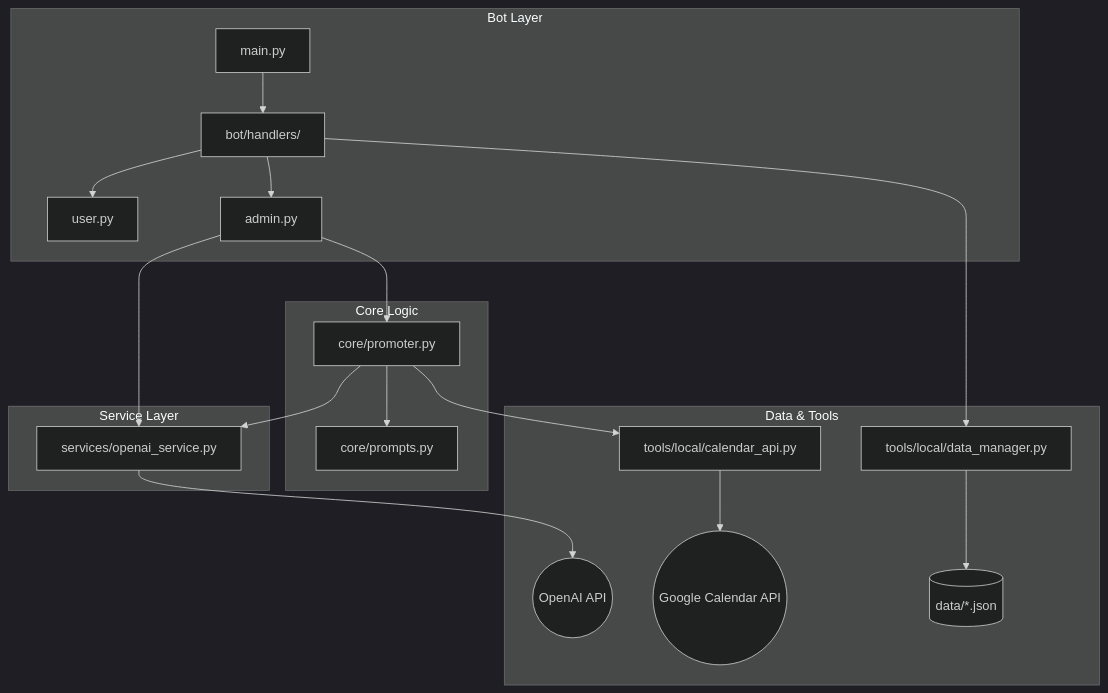
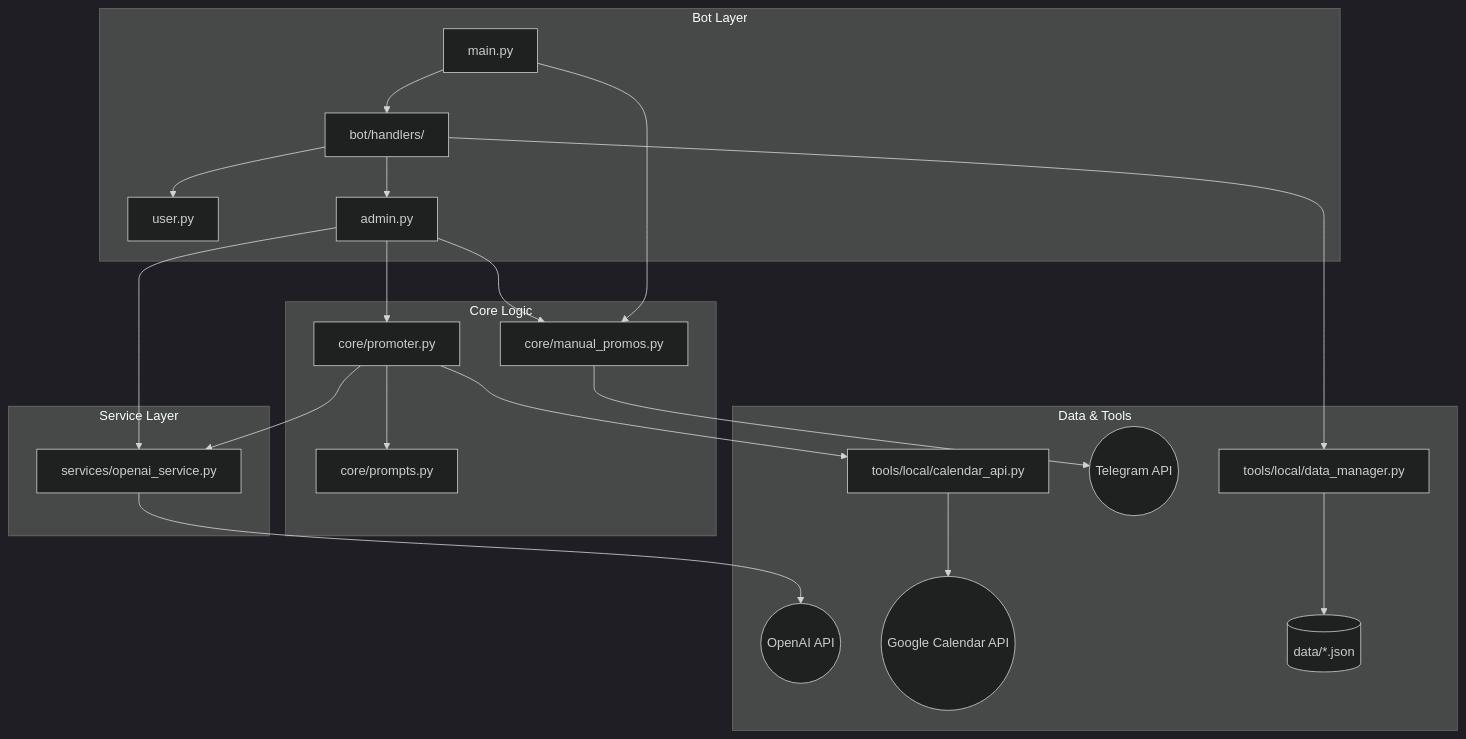
One commit to ca-ruz/telegram-gmail-agent-bot changed the diagram in ARCHITECTURE.md. Above: the diagram before and after it, drawn with Mermaid (dark theme). The commit also changed other lines of this file and 1 other file, not shown here.

Commit message:
docs: document manual event promo delivery

````diff
--- a/ARCHITECTURE.md
+++ b/ARCHITECTURE.md
@@ -8,26 +8,29 @@
 ```mermaid
 graph TD
     subgraph Bot Layer
         Main[main.py] --> Handlers[bot/handlers/]
         Handlers --> UserH[user.py]
         Handlers --> AdminH[admin.py]
     end
 
     subgraph Core Logic
         AdminH --> Promoter[core/promoter.py]
+        AdminH --> ManualPromos[core/manual_promos.py]
+        Main --> ManualPromos
         Promoter --> Prompts[core/prompts.py]
     end
 
     subgraph Service Layer
         AdminH --> OpenAI[services/openai_service.py]
         Promoter --> OpenAI
     end
 
     subgraph Data & Tools
         OpenAI --> API_OpenAI((OpenAI API))
         Promoter --> CalAPI[tools/local/calendar_api.py]
         CalAPI --> API_Google((Google Calendar API))
+        ManualPromos --> Telegram((Telegram API))
         Handlers --> DataMan[tools/local/data_manager.py]
         DataMan --> JSON[(data/*.json)]
     end
 ```
````
